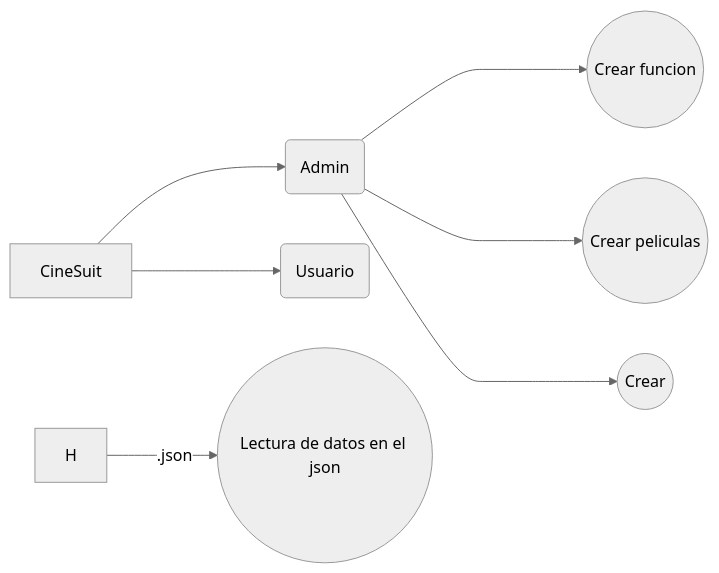
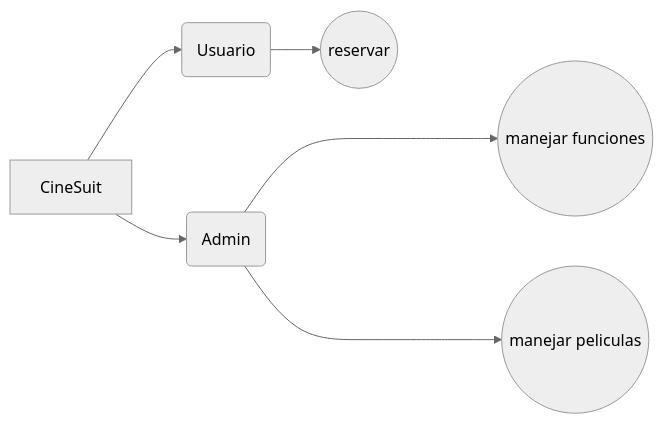
One commit to DLeonardoG/Cinema changed the diagram in README.md. Above: the diagram before and after it, drawn with Mermaid (neutral theme). The commit also changed other lines of this file, not shown here.

````diff
--- a/README.md
+++ b/README.md
@@ -38,10 +38,9 @@
 ```mermaid
 graph LR
 A[CineSuit] --> B(Admin)
 A[CineSuit] --> C(Usuario)
-B ----> E((Crear funcion))
-B ----> F((Crear peliculas))
-B ----> G((Crear ))
-H --.json--> I((Lectura de datos en el json)) 
- 
+B ----> E((manejar funciones))
+B ----> F((manejar peliculas))
+C(Usuario) --> G((reservar))
+
 ```
````
